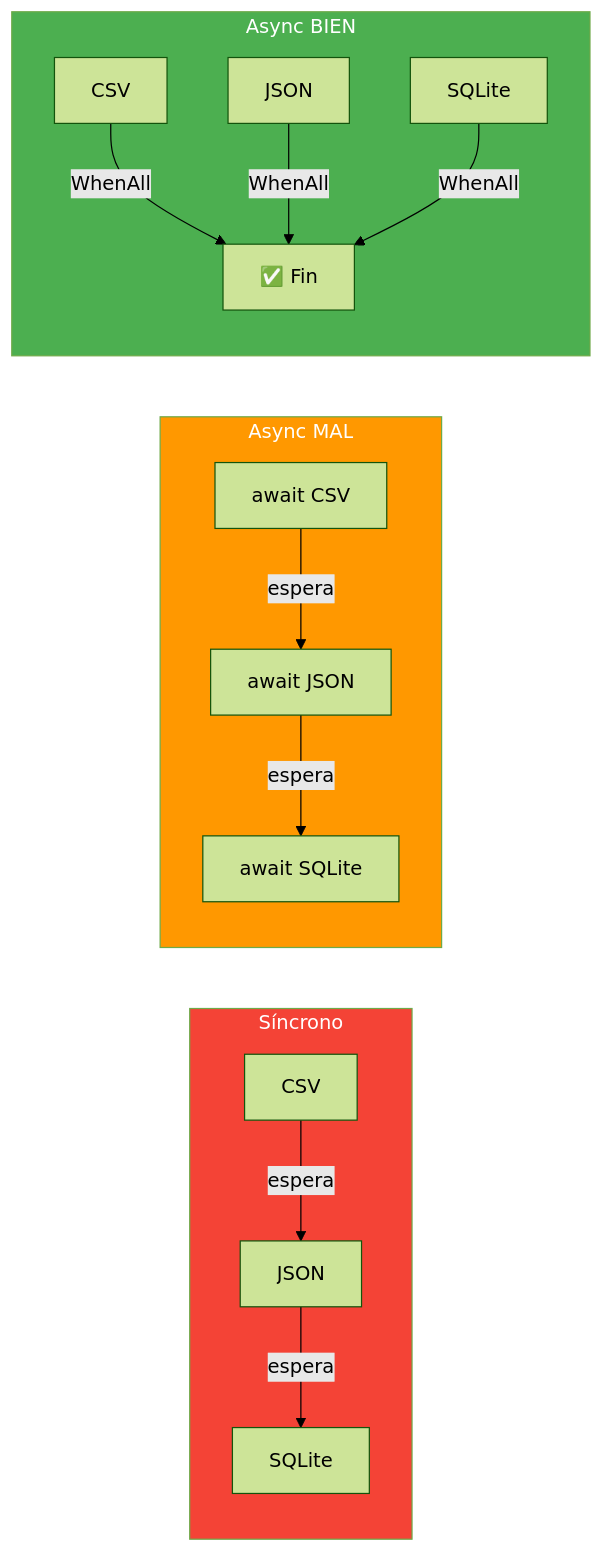
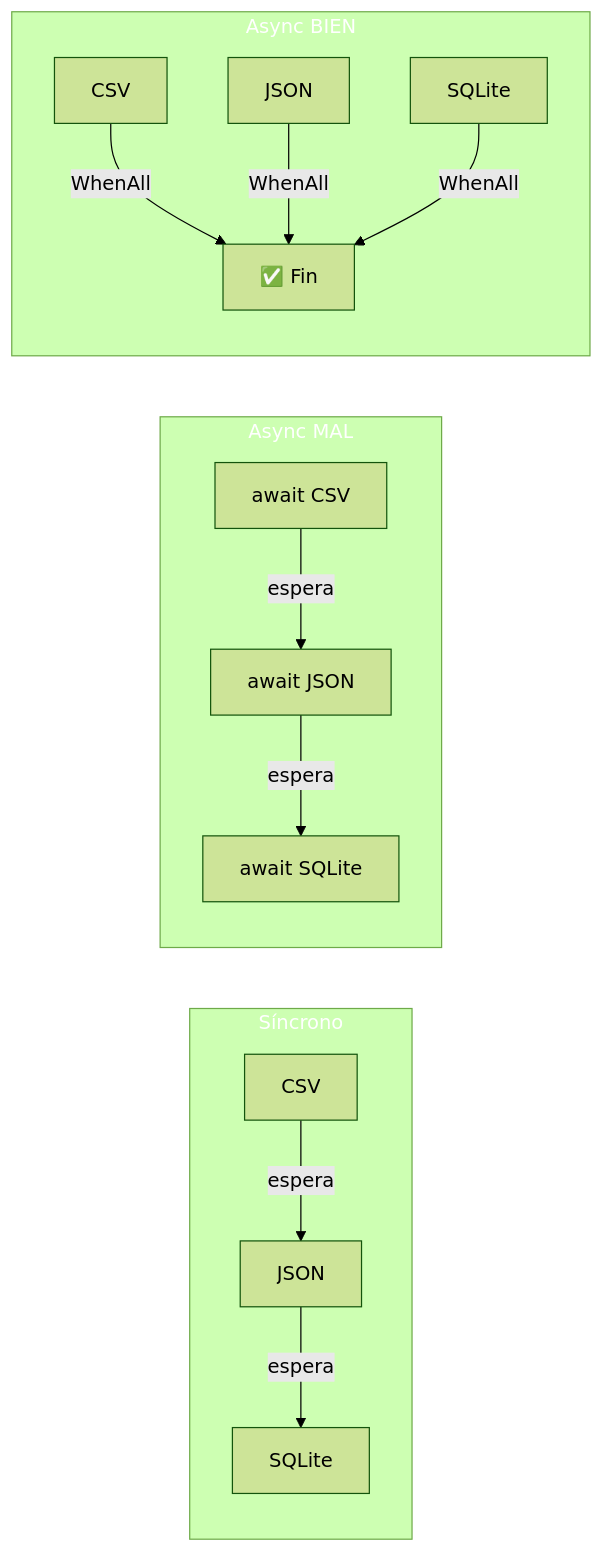
The first of 2 diagrams in soluciones/15-SincroniaVsAsyncronia/README.md (joseluisgs/DesarrolloWebEntornosServidor-01-2026-2027), drawn with Mermaid (forest theme) before and after one commit. The commit also changed other lines of this file and 66 other files, not shown here.

First line of the commit message:
fix: normalizar titulos al castellano de frase y corregir la paleta de mermaid

````diff
--- a/soluciones/15-SincroniaVsAsyncronia/README.md
+++ b/soluciones/15-SincroniaVsAsyncronia/README.md
@@ -85,23 +85,23 @@
 ```mermaid
 flowchart LR
     subgraph SYNC["Síncrono"]
         S1[CSV] -->|espera| S2[JSON] -->|espera| S3[SQLite]
     end
 
     subgraph ASYNC_BAD["Async MAL"]
         A1[await CSV] -->|espera| A2[await JSON] -->|espera| A3[await SQLite]
     end
 
     subgraph ASYNC_GOOD["Async BIEN"]
         B1[CSV] 
         B2[JSON]
         B3[SQLite]
         B1 -->|WhenAll| B4[✅ Fin]
         B2 -->|WhenAll| B4
         B3 -->|WhenAll| B4
     end
 
-    style SYNC fill:#f44336,color:#fff
-    style ASYNC_BAD fill:#FF9800,color:#fff
-    style ASYNC_GOOD fill:#4CAF50,color:#fff
+    style SYNC fill:#f4433,color:#fff6,color:#fff
+    style ASYNC_BAD fill:#FF980,color:#fff0,color:#fff
+    style ASYNC_GOOD fill:#4CAF5,color:#fff0,color:#fff
 ```
````
